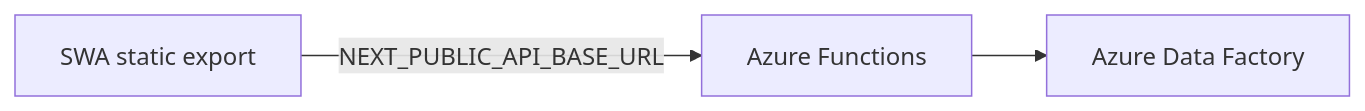
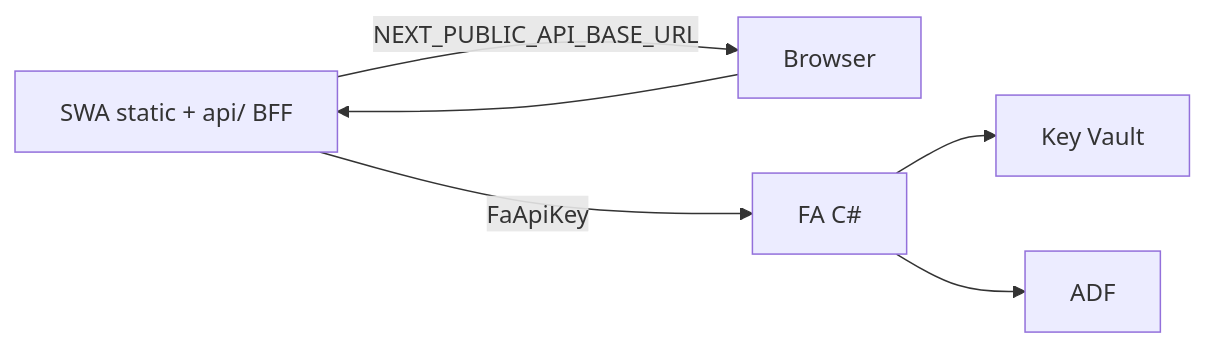
The second of 2 diagrams in docs/DEPLOY-AZURE-SWA.md (miguelgr716playful/AutomatizacionLicencias), drawn with Mermaid before and after one commit. The commit also changed other lines of this file and 159 other files, not shown here.

````diff
--- a/docs/DEPLOY-AZURE-SWA.md
+++ b/docs/DEPLOY-AZURE-SWA.md
@@ -315,5 +345,8 @@
 ```mermaid
 flowchart LR
-    SWA["SWA static export"] -->|"NEXT_PUBLIC_API_BASE_URL"| Fn["Azure Functions"]
-    Fn --> ADF["Azure Data Factory"]
+    SWA["SWA static + api/ BFF"] -->|"NEXT_PUBLIC_API_BASE_URL"| Browser
+    Browser --> SWA
+    SWA -->|"FaApiKey"| FA["FA C#"]
+    FA --> KV["Key Vault"]
+    FA --> ADF["ADF"]
 ```
````
